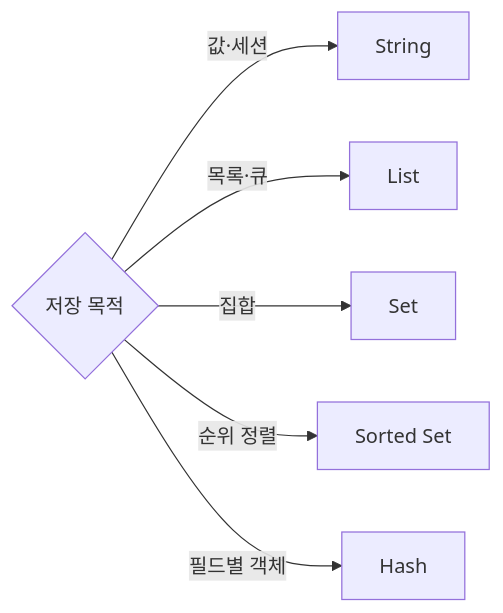
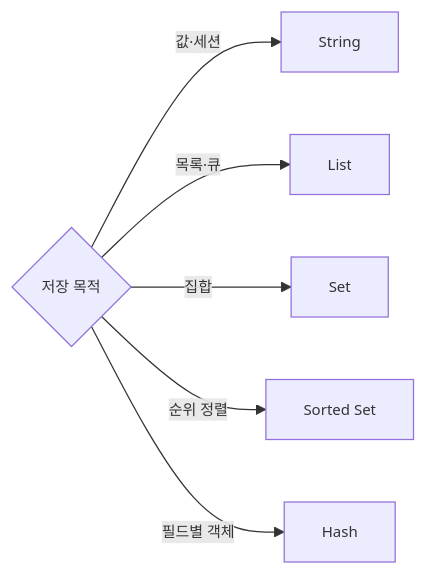
Before and after one commit to yjkim2015/yjkim2015.github.io: the diagram in _posts/redis/2026-05-01-redis-data-structures.md, drawn with Mermaid. The commit also changed 164 other files, not shown here.

First line of the commit message:
Mermaid 렌더링 크기 축소: fontSize 12px, nodePadding 4px

````diff
--- a/_posts/redis/2026-05-01-redis-data-structures.md
+++ b/_posts/redis/2026-05-01-redis-data-structures.md
@@ -448,8 +448,9 @@
 ```mermaid
+%%{init: {'theme': 'default', 'themeVariables': {'fontSize': '12px', 'nodePadding': '4px'}} }%%
 graph LR
     Q1{"저장 목적"} -->|값·세션| STRING["String"]
     Q1 -->|목록·큐| LIST["List"]
     Q1 -->|집합| SET["Set"]
     Q1 -->|순위 정렬| ZSET["Sorted Set"]
     Q1 -->|필드별 객체| HASH["Hash"]
 ```
````
